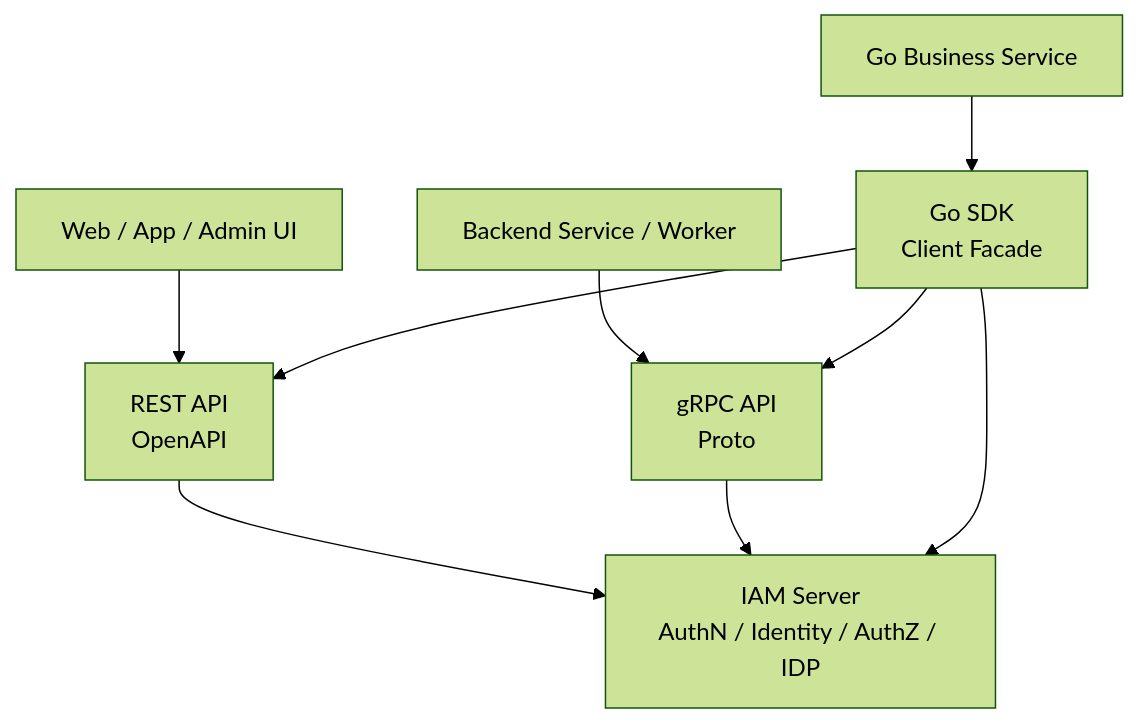
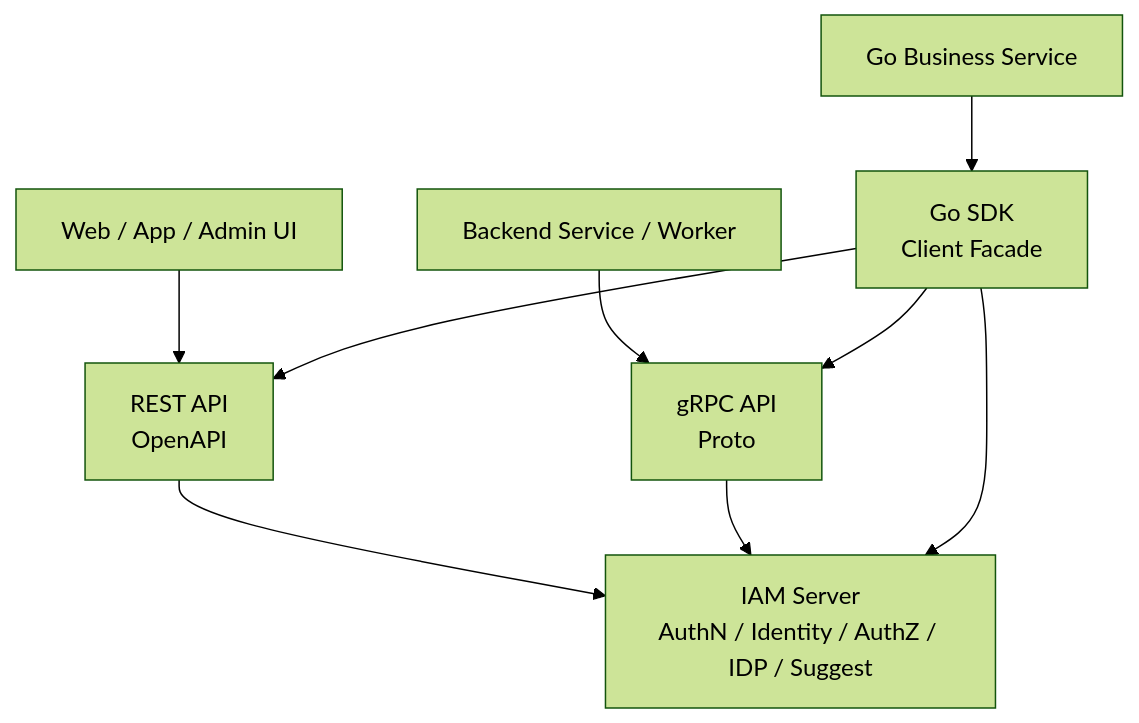
The second of 3 diagrams in docs/05-接入与契约/README.md (FangcunMount/iam), drawn with Mermaid (forest theme) before and after one commit. The commit also changed other lines of this file and 16 other files, not shown here.

````diff
--- a/docs/05-接入与契约/README.md
+++ b/docs/05-接入与契约/README.md
@@ -322,19 +349,19 @@
 ```mermaid
 flowchart TD
     Web["Web / App / Admin UI"]
     Backend["Backend Service / Worker"]
     GoService["Go Business Service"]
 
     REST["REST API<br/>OpenAPI"]
     GRPC["gRPC API<br/>Proto"]
     SDK["Go SDK<br/>Client Facade"]
 
-    IAM["IAM Server<br/>AuthN / Identity / AuthZ / IDP"]
+    IAM["IAM Server<br/>AuthN / Identity / AuthZ / IDP / Suggest"]
 
     Web --> REST --> IAM
     Backend --> GRPC --> IAM
     GoService --> SDK
     SDK --> REST
     SDK --> GRPC
     SDK --> IAM
 ```
````
